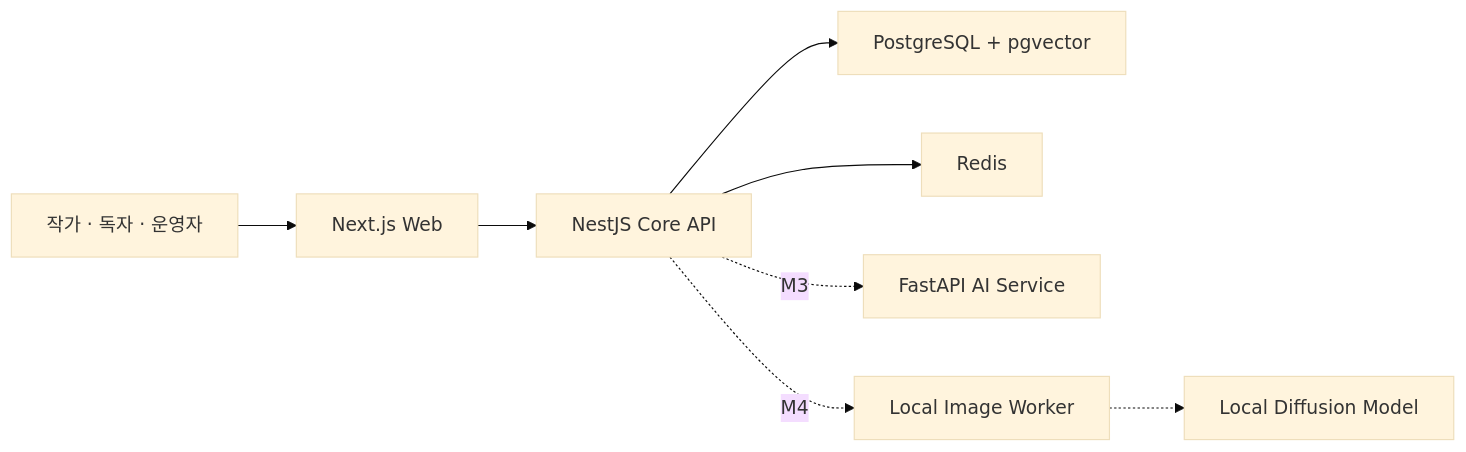
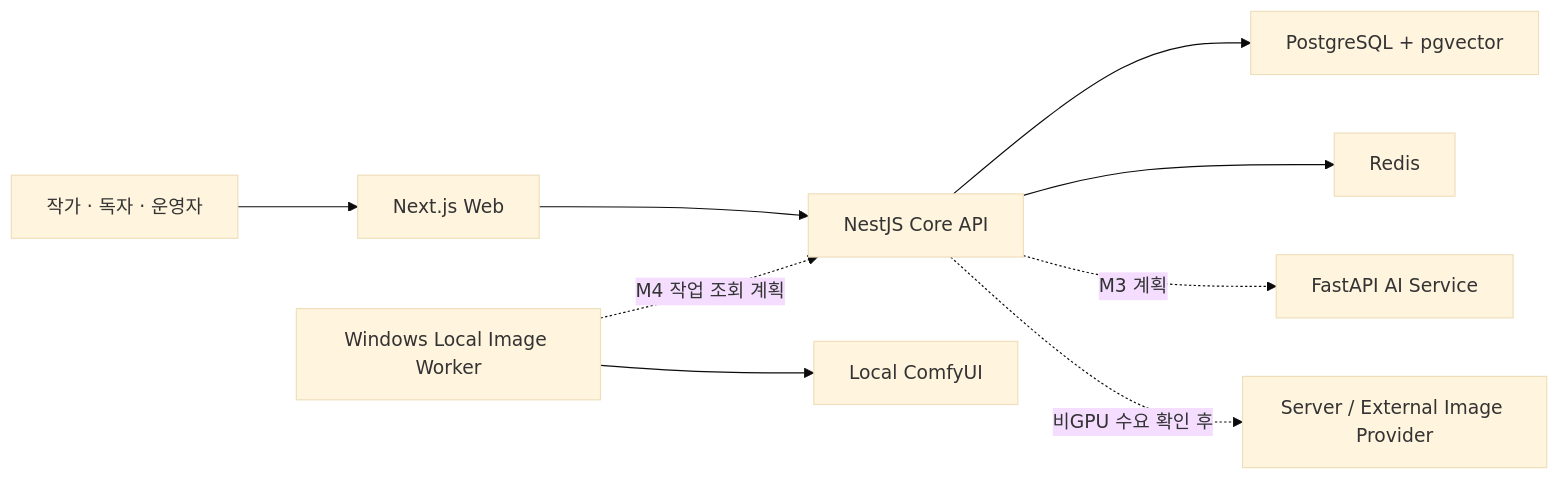
The diagram in README.md (praymyk/qqup-showcase), drawn with Mermaid (base theme) before and after one commit. The commit also changed other lines of this file and 2 other files, not shown here.

Commit message:
docs: refresh architecture and image execution plan

````diff
--- a/README.md
+++ b/README.md
@@ -32,10 +32,11 @@
 ```mermaid
 flowchart LR
     USER["작가 · 독자 · 운영자"] --> WEB["Next.js Web"]
     WEB --> API["NestJS Core API"]
     API --> DB["PostgreSQL + pgvector"]
     API --> REDIS["Redis"]
-    API -. "M3" .-> AI["FastAPI AI Service"]
-    API -. "M4" .-> LOCAL["Local Image Worker"]
-    LOCAL -.-> MODEL["Local Diffusion Model"]
+    API -. "M3 계획" .-> AI["FastAPI AI Service"]
+    LOCAL["Windows Local Image Worker"] -. "M4 작업 조회 계획" .-> API
+    LOCAL --> COMFY["Local ComfyUI"]
+    API -. "비GPU 수요 확인 후" .-> PROVIDER["Server / External Image Provider"]
 ```
````
